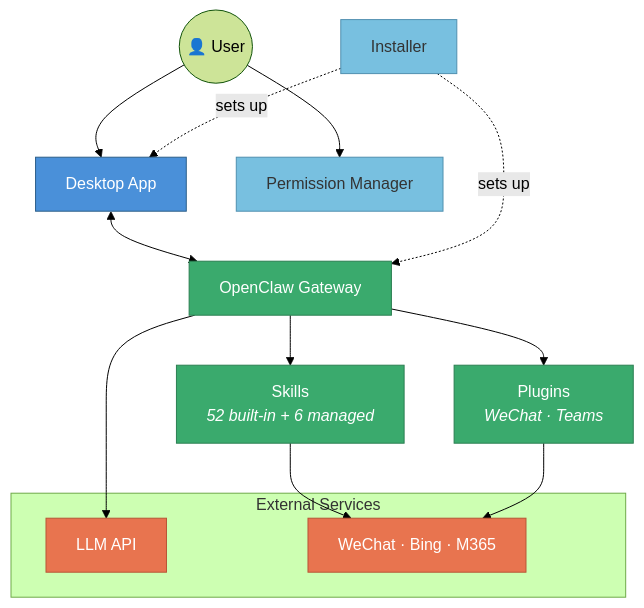
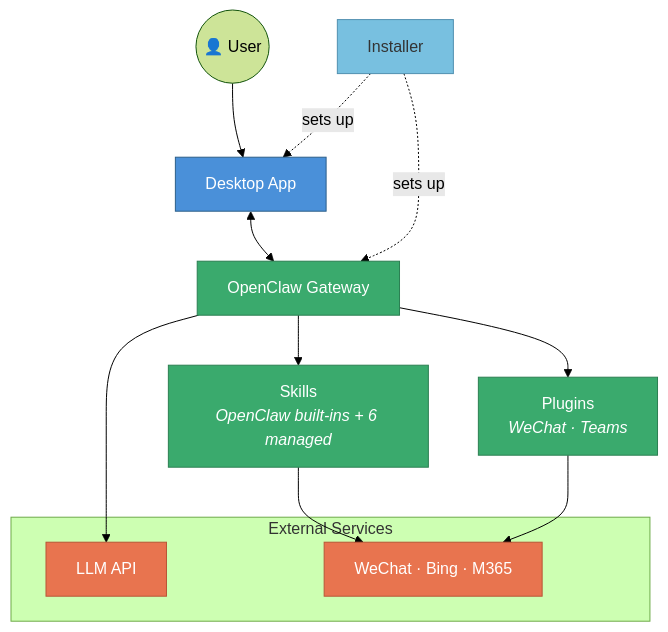
The diagram in README.md (microsofthackathons/MicroClaw), drawn with Mermaid (forest theme) before and after one commit. The commit also changed other lines of this file and 1 other file, not shown here.

````diff
--- a/README.md
+++ b/README.md
@@ -43,37 +43,35 @@
 ```mermaid
 graph TB
     User(("👤 User"))
 
     Desktop["Desktop App"]
     Gateway["OpenClaw Gateway"]
-    Skills["Skills<br/><i>52 built-in + 6 managed</i>"]
+    Skills["Skills<br/><i>OpenClaw built-ins + 6 managed</i>"]
     Plugins["Plugins<br/><i>WeChat · Teams</i>"]
-    PermMgr["Permission Manager"]
     Installer["Installer"]
 
     subgraph External["External Services"]
         LLM["LLM API"]
         ThirdParty["WeChat · Bing · M365"]
     end
 
     User --> Desktop
-    User --> PermMgr
     Desktop <--> Gateway
     Gateway --> Skills
     Gateway --> Plugins
     Gateway --> LLM
     Skills --> ThirdParty
     Plugins --> ThirdParty
     Installer -.->|"sets up"| Desktop
     Installer -.->|"sets up"| Gateway
 
     classDef app fill:#4A90D9,stroke:#2C5F8A,color:#fff
     classDef gw fill:#3AAA6D,stroke:#2B7F52,color:#fff
     classDef ext fill:#E8744F,stroke:#B85636,color:#fff
     classDef tool fill:#78C0E0,stroke:#5090B0,color:#333
 
     class Desktop app
     class Gateway,Skills,Plugins gw
     class LLM,ThirdParty ext
-    class PermMgr,Installer tool
+    class Installer tool
 ```
````
